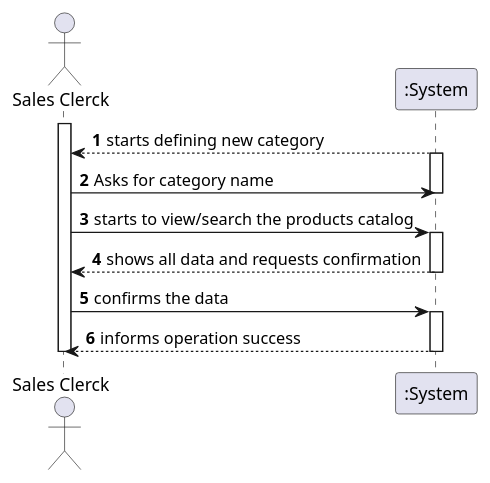
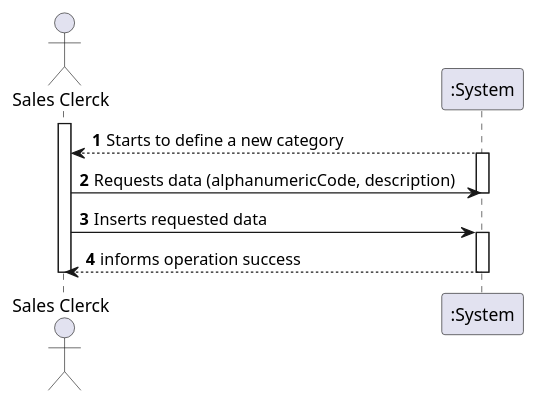
Before and after one commit to marttuga/LAPR4-SmartSystems: the diagram in docs/Sprint2/US1005/US1005_SSD.puml, drawn with PlantUML. The commit also changed 5 other files, not shown here.

Commit message:
<L2L20-27> <L2L20-28> Analysis and design for defining a new category

```diff
--- a/docs/Sprint2/US1005/US1005_SSD.puml
+++ b/docs/Sprint2/US1005/US1005_SSD.puml
@@ -1,27 +1,21 @@
 @startuml
 autonumber
 actor "Sales Clerck" as SC
 
 activate SC
 
-":System" --> SC : starts defining new category
+":System" --> SC : Starts to define a new category
 activate ":System"
 
-SC -> ":System" : Asks for category name
+SC -> ":System" : Requests data (alphanumericCode, description)
 deactivate ":System"
 
-SC -> ":System" : starts to view/search the products catalog
+SC -> ":System" : Inserts requested data
 activate ":System"
 
-":System" --> SC :shows all data and requests confirmation
-deactivate ":System"
-SC -> ":System" : confirms the data
-
-activate ":System"
-":System" --> SC : informs operation success
+":System" --> SC :informs operation success
 deactivate ":System"
 
-deactivate ":System"
 deactivate SC
 
 @enduml
```
